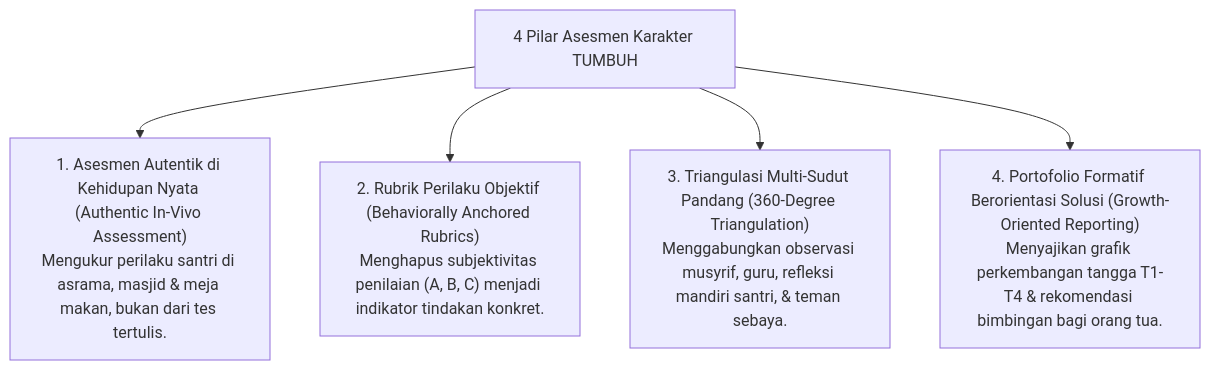
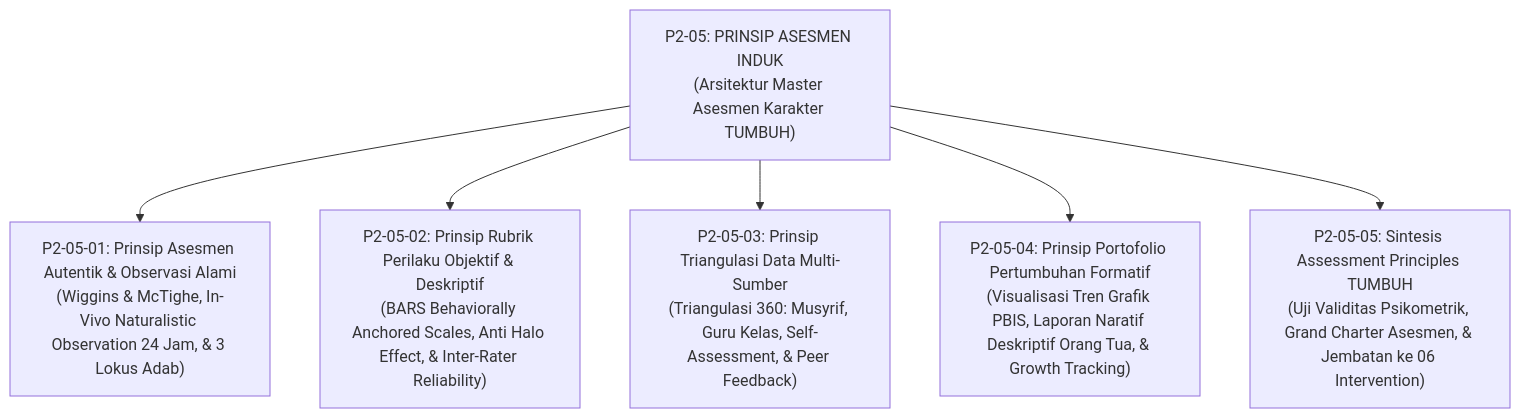
Before and after one commit to wandiapriliyandi/tumbuh: the second of 3 diagrams in 02 Principles/05 Assessment Principles/P2-05-Prinsip-Asesmen-Karakter-TUMBUH.md, drawn with Mermaid. The commit also changed other lines of this file and 42 other files, not shown here.

````diff
--- a/02 Principles/05 Assessment Principles/P2-05-Prinsip-Asesmen-Karakter-TUMBUH.md
+++ b/02 Principles/05 Assessment Principles/P2-05-Prinsip-Asesmen-Karakter-TUMBUH.md
@@ -10,9 +68,10 @@
 ```mermaid
 graph TD
-    Asesmen["4 Pilar Asesmen Karakter TUMBUH"]
+    Master["P2-05: PRINSIP ASESMEN INDUK<br/>(Arsitektur Master Asesmen Karakter TUMBUH)"]
     
-    Asesmen --> A1["1. Asesmen Autentik di Kehidupan Nyata (Authentic In-Vivo Assessment)<br/>Mengukur perilaku santri di asrama, masjid & meja makan, bukan dari tes tertulis."]
-    Asesmen --> A2["2. Rubrik Perilaku Objektif (Behaviorally Anchored Rubrics)<br/>Menghapus subjektivitas penilaian (A, B, C) menjadi indikator tindakan konkret."]
-    Asesmen --> A3["3. Triangulasi Multi-Sudut Pandang (360-Degree Triangulation)<br/>Menggabungkan observasi musyrif, guru, refleksi mandiri santri, & teman sebaya."]
-    Asesmen --> A4["4. Portofolio Formatif Berorientasi Solusi (Growth-Oriented Reporting)<br/>Menyajikan grafik perkembangan tangga T1-T4 & rekomendasi bimbingan bagi orang tua."]
+    Master --> M1["P2-05-01: Prinsip Asesmen Autentik & Observasi Alami<br/>(Wiggins & McTighe, In-Vivo Naturalistic Observation 24 Jam, & 3 Lokus Adab)"]
+    Master --> M2["P2-05-02: Prinsip Rubrik Perilaku Objektif & Deskriptif<br/>(BARS Behaviorally Anchored Scales, Anti Halo Effect, & Inter-Rater Reliability)"]
+    Master --> M3["P2-05-03: Prinsip Triangulasi Data Multi-Sumber<br/>(Triangulasi 360: Musyrif, Guru Kelas, Self-Assessment, & Peer Feedback)"]
+    Master --> M4["P2-05-04: Prinsip Portofolio Pertumbuhan Formatif<br/>(Visualisasi Tren Grafik PBIS, Laporan Naratif Deskriptif Orang Tua, & Growth Tracking)"]
+    Master --> M5["P2-05-05: Sintesis Assessment Principles TUMBUH<br/>(Uji Validitas Psikometrik, Grand Charter Asesmen, & Jembatan ke 06 Intervention)"]
 ```
````
